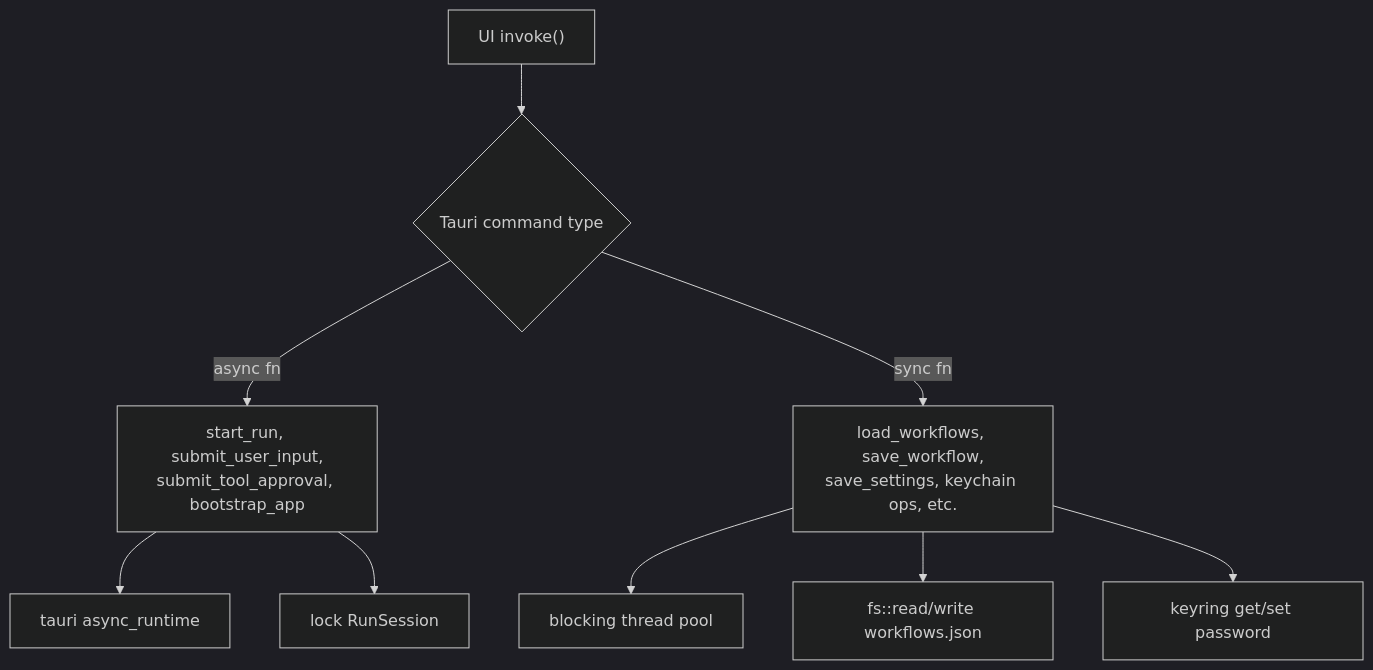
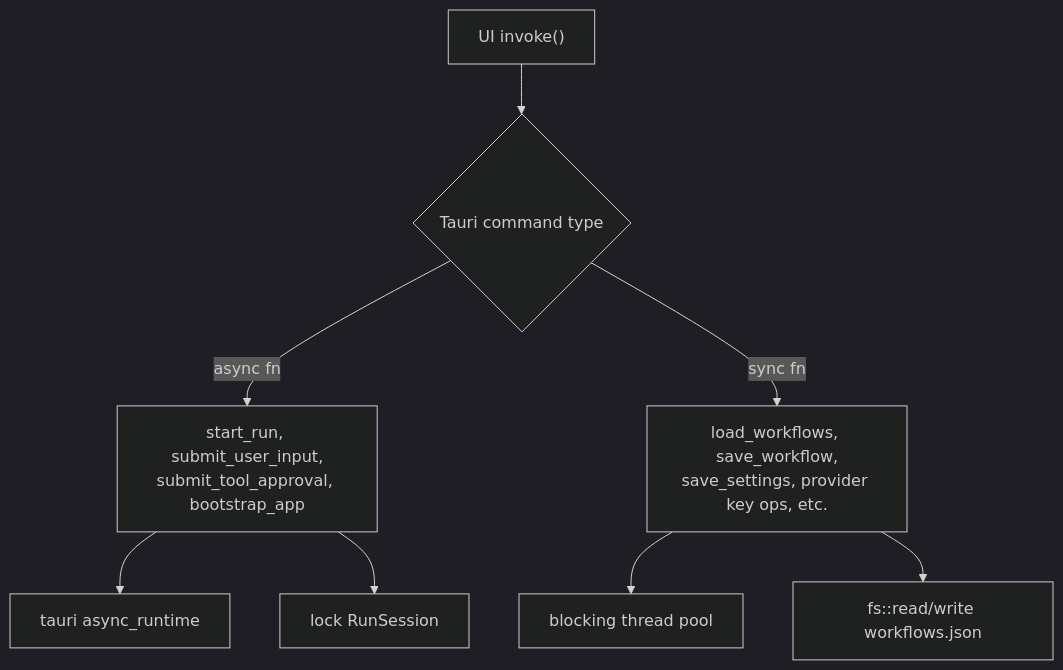
The fourth of 7 diagrams in docs/architecture/threading-concurrency.md (philbotar/OpenFlow), drawn with Mermaid (dark theme) before and after one commit. The commit also changed other lines of this file and 23 other files, not shown here.

````diff
--- a/docs/architecture/threading-concurrency.md
+++ b/docs/architecture/threading-concurrency.md
@@ -185,14 +185,13 @@
 ```mermaid
 flowchart TB
     UI["UI invoke()"] --> Router{Tauri command type}
 
     Router -->|async fn| AsyncCmd["start_run, submit_user_input,<br/>submit_tool_approval, bootstrap_app"]
-    Router -->|sync fn| SyncCmd["load_workflows, save_workflow,<br/>save_settings, keychain ops, etc."]
+    Router -->|sync fn| SyncCmd["load_workflows, save_workflow,<br/>save_settings, provider key ops, etc."]
 
     AsyncCmd --> TauriAsync["tauri async_runtime"]
     SyncCmd --> SyncThread["blocking thread pool"]
 
     SyncCmd --> Disk["fs::read/write workflows.json"]
-    SyncCmd --> KC["keyring get/set password"]
     AsyncCmd --> Mutex["lock RunSession"]
 ```
````
